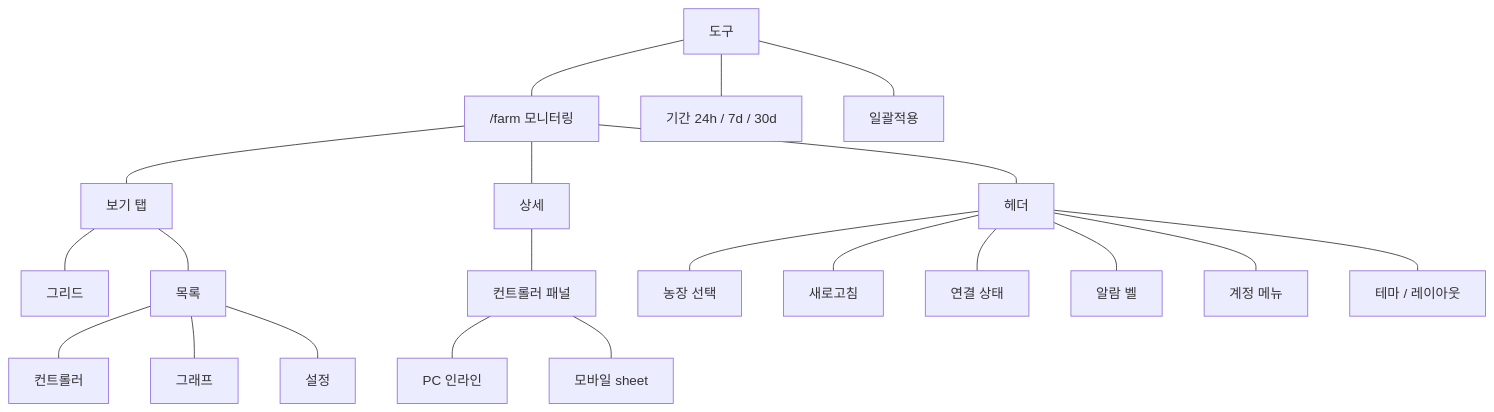
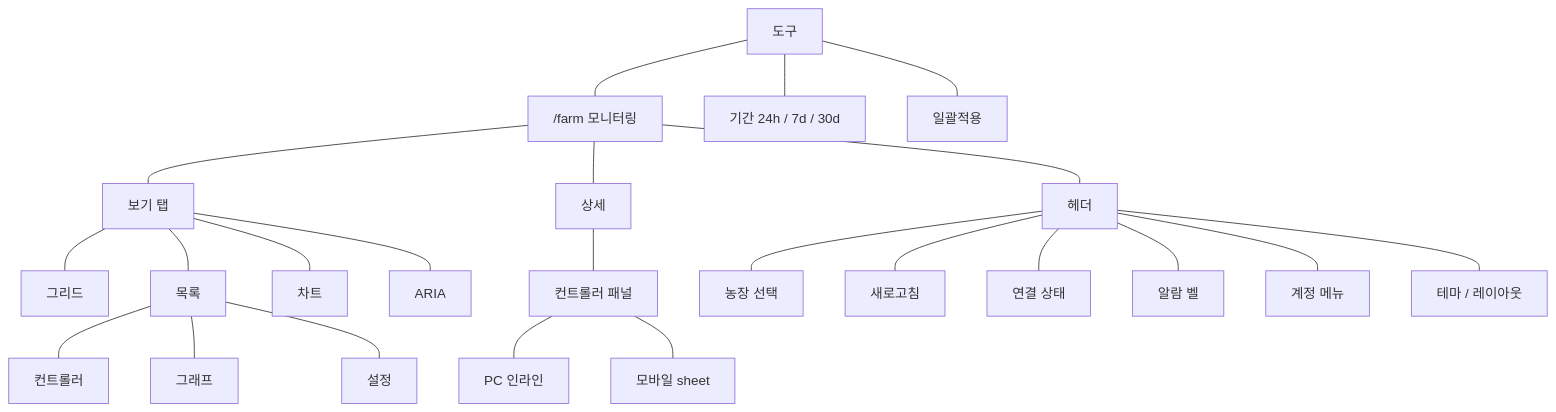
Before and after one commit to SIJackLee/dashboard: the second of 3 diagrams in web/docs/user-manual/10-메뉴구조도.md, drawn with Mermaid. The commit also changed other lines of this file and 19 other files, not shown here.

````diff
--- a/web/docs/user-manual/10-메뉴구조도.md
+++ b/web/docs/user-manual/10-메뉴구조도.md
@@ -55,33 +72,35 @@
 ```mermaid
 flowchart TB
   %% 정사각: 상(상세) — 중(도구·farm·보기) — 하(헤더)
   detail["상세"]
 
   tools["도구"] --- farm["/farm 모니터링"] --- view["보기 탭"]
 
   header["헤더"]
 
   farm --- detail
   farm --- header
 
   %% 각 꼭짓점의 하위 (구조 동일)
   tools --- period["기간 24h / 7d / 30d"]
   tools --- bulk["일괄적용"]
 
   view --- grid["그리드"]
   view --- list["목록"]
+  view --- chart["차트"]
+  view --- aria["ARIA"]
   list --- modeCtrl["컨트롤러"]
   list --- modeGraph["그래프"]
   list --- modeSet["설정"]
 
   detail --- panel["컨트롤러 패널"]
   panel --- pcInline["PC 인라인"]
   panel --- mobileSheet["모바일 sheet"]
 
   header --- farmSelect["농장 선택"]
   header --- refresh["새로고침"]
   header --- connect["연결 상태"]
   header --- alarms["알람 벨"]
   header --- account["계정 메뉴"]
   header --- theme["테마 / 레이아웃"]
 ```
````
